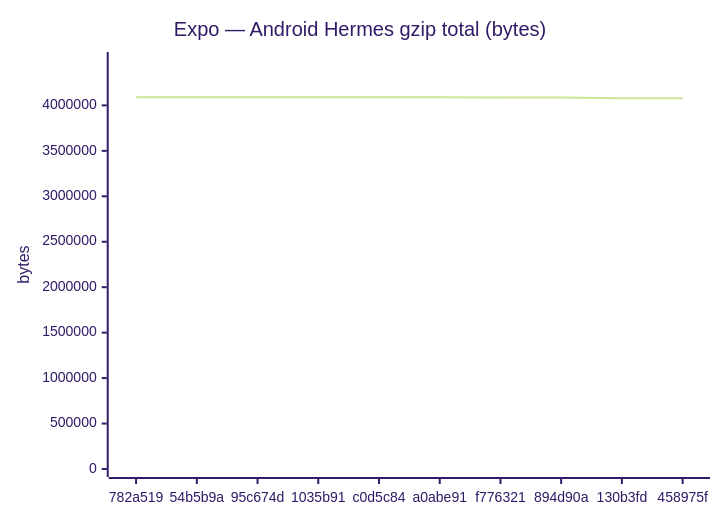
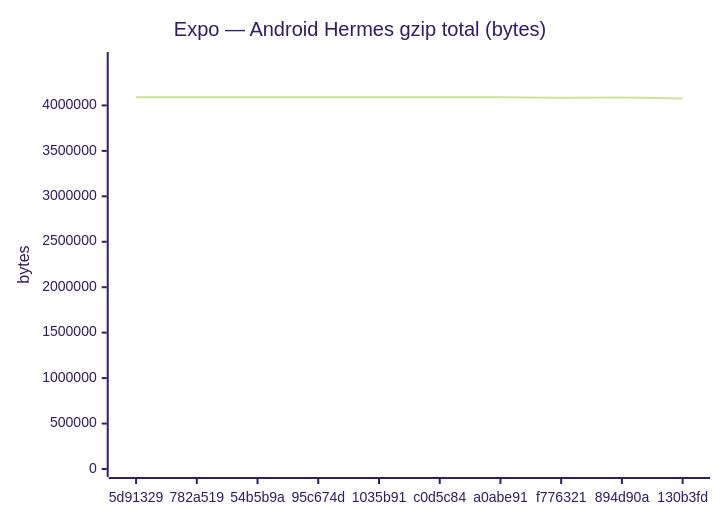
The fifth of 18 diagrams in benchmarks/compare.md (Metaheurist/Rianell), drawn with Mermaid (forest theme) before and after one commit. The commit also changed other lines of this file and 11 other files, not shown here.

````diff
--- a/benchmarks/compare.md
+++ b/benchmarks/compare.md
@@ -89,7 +89,7 @@
 ```mermaid
 xychart-beta
     title "Expo — Android Hermes gzip total (bytes)"
-    x-axis ["782a519", "54b5b9a", "95c674d", "1035b91", "c0d5c84", "a0abe91", "f776321", "894d90a", "130b3fd", "458975f"]
-    y-axis "bytes" 0 --> 4499396
-    line [4090360, 4089313, 4088814, 4088813, 4088813, 4088812, 4085830, 4086643, 4077332, 4077341]
+    x-axis ["5d91329", "782a519", "54b5b9a", "95c674d", "1035b91", "c0d5c84", "a0abe91", "f776321", "894d90a", "130b3fd"]
+    y-axis "bytes" 0 --> 4499866
+    line [4090787, 4090360, 4089313, 4088814, 4088813, 4088813, 4088812, 4085830, 4086643, 4077332]
 ```
````
